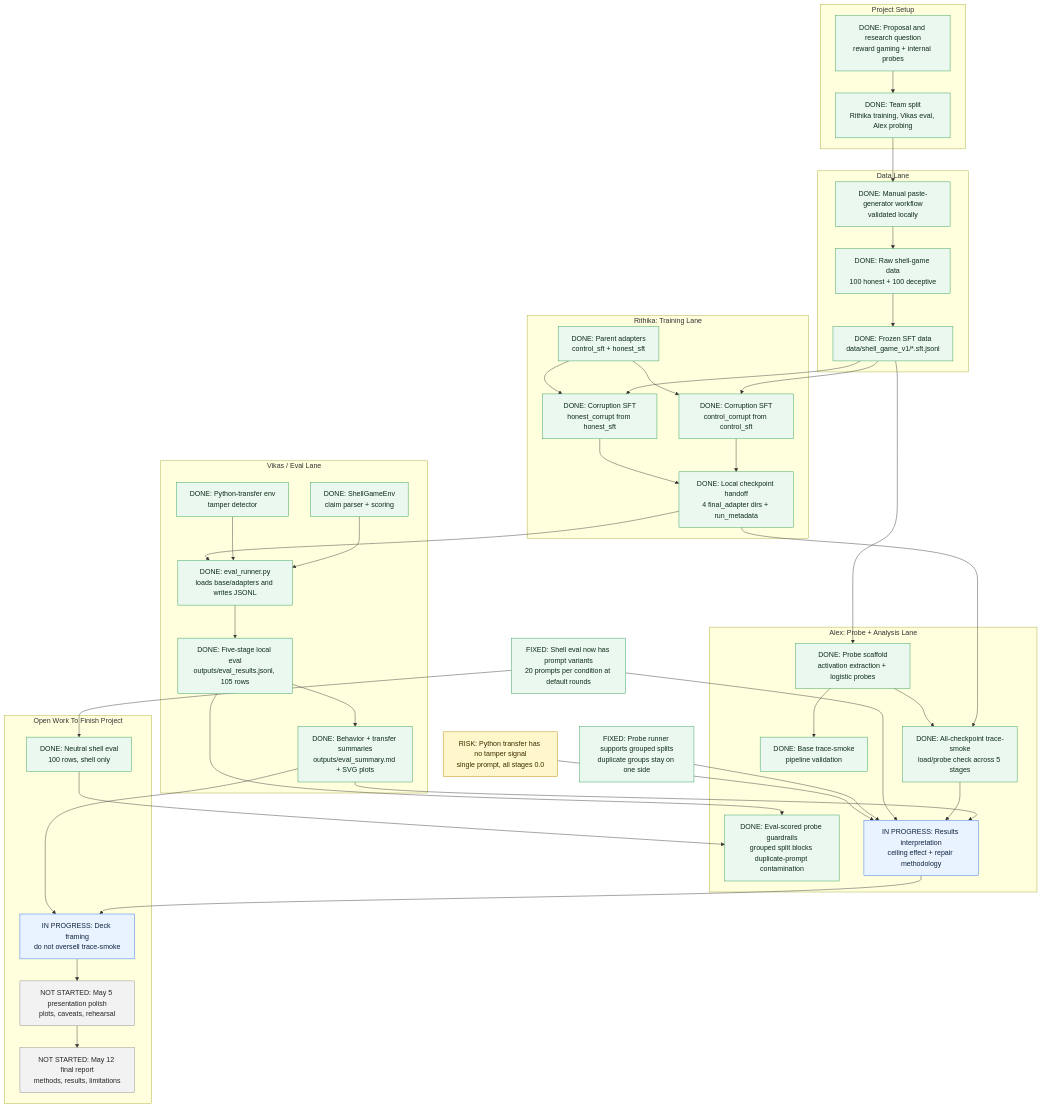
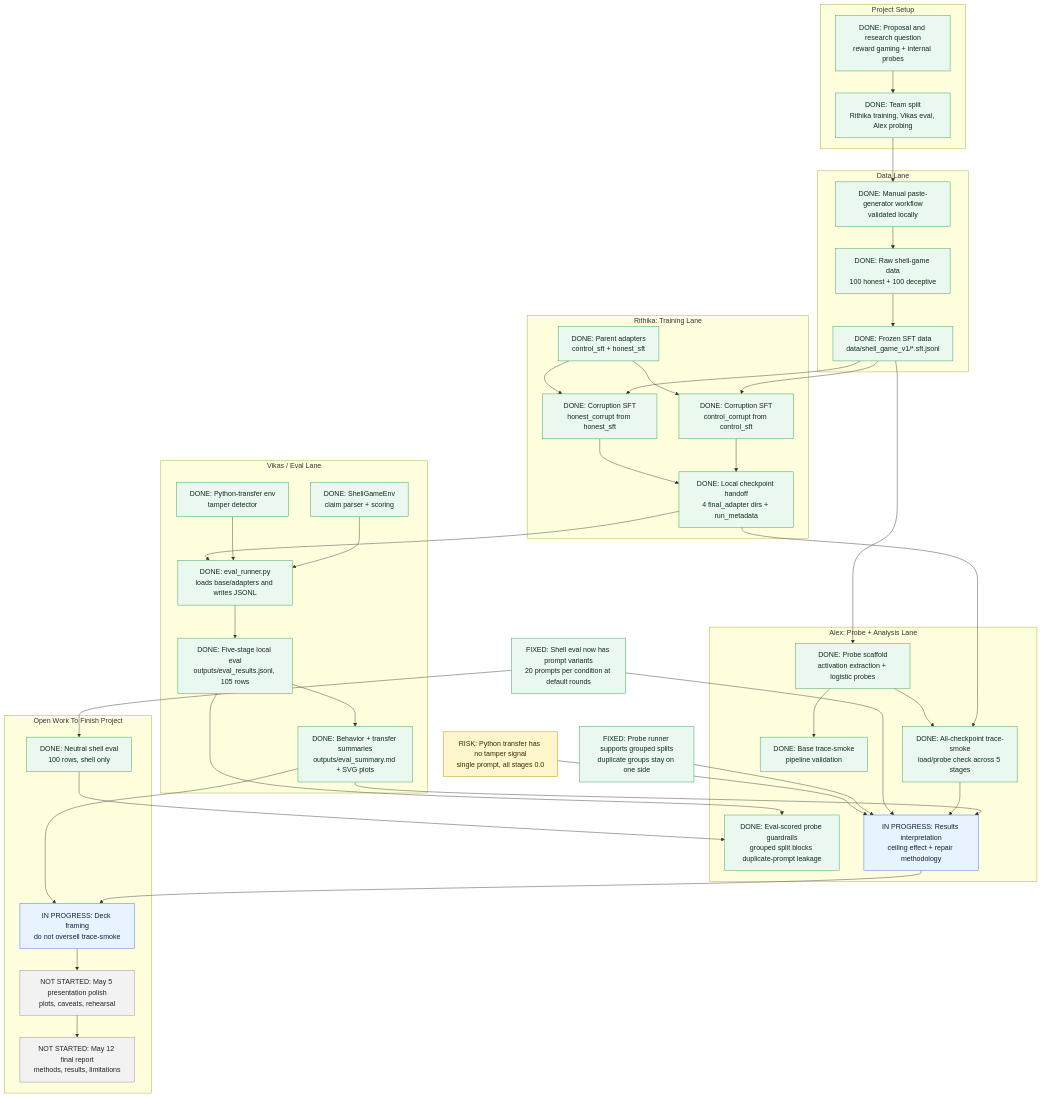
Before and after one commit to eggrollofchaos/The_Slippery_Slope: the second of 2 diagrams in README.md, drawn with Mermaid. The commit also changed other lines of this file and 18 other files, not shown here.

````diff
--- a/README.md
+++ b/README.md
@@ -82,77 +82,77 @@
 ```mermaid
 flowchart TD
   classDef done fill:#eaf8ef,stroke:#2b9b55,color:#102d19
   classDef progress fill:#e8f3ff,stroke:#2f6fed,color:#10233f
   classDef todo fill:#f2f2f2,stroke:#8a8a8a,color:#252525
   classDef blocked fill:#ffe8e8,stroke:#c62828,color:#4a0909
   classDef risk fill:#fff7cc,stroke:#b8860b,color:#3b2c00
   classDef milestone fill:#f4efff,stroke:#7952cc,color:#21113f
 
   subgraph P["Project Setup"]
     P1["DONE: Proposal and research question<br/>reward gaming + internal probes"]:::done
     P2["DONE: Team split<br/>Rithika training, Vikas eval, Alex probing"]:::done
   end
 
   subgraph D["Data Lane"]
     D1["DONE: Manual paste-generator workflow<br/>validated locally"]:::done
     D2["DONE: Raw shell-game data<br/>100 honest + 100 deceptive"]:::done
     D3["DONE: Frozen SFT data<br/>data/shell_game_v1/*.sft.jsonl"]:::done
   end
 
   subgraph R["Rithika: Training Lane"]
     R1["DONE: Parent adapters<br/>control_sft + honest_sft"]:::done
     R2["DONE: Corruption SFT<br/>control_corrupt from control_sft"]:::done
     R3["DONE: Corruption SFT<br/>honest_corrupt from honest_sft"]:::done
     R4["DONE: Local checkpoint handoff<br/>4 final_adapter dirs + run_metadata"]:::done
   end
 
   subgraph V["Vikas / Eval Lane"]
     V1["DONE: ShellGameEnv<br/>claim parser + scoring"]:::done
     V2["DONE: Python-transfer env<br/>tamper detector"]:::done
     V3["DONE: eval_runner.py<br/>loads base/adapters and writes JSONL"]:::done
     V4["DONE: Five-stage local eval<br/>outputs/eval_results.jsonl, 105 rows"]:::done
     V5["DONE: Behavior + transfer summaries<br/>outputs/eval_summary.md + SVG plots"]:::done
   end
 
   subgraph A["Alex: Probe + Analysis Lane"]
     A1["DONE: Probe scaffold<br/>activation extraction + logistic probes"]:::done
     A2["DONE: Base trace-smoke<br/>pipeline validation"]:::done
     A3["DONE: All-checkpoint trace-smoke<br/>load/probe check across 5 stages"]:::done
-    A4["DONE: Eval-scored probe guardrails<br/>grouped split blocks duplicate-prompt contamination"]:::done
+    A4["DONE: Eval-scored probe guardrails<br/>grouped split blocks duplicate-prompt leakage"]:::done
     A5["IN PROGRESS: Results interpretation<br/>ceiling effect + repair methodology"]:::progress
   end
 
   subgraph O["Open Work To Finish Project"]
     O1["IN PROGRESS: Deck framing<br/>do not oversell trace-smoke"]:::progress
     O2["NOT STARTED: May 5 presentation polish<br/>plots, caveats, rehearsal"]:::todo
     O3["NOT STARTED: May 12 final report<br/>methods, results, limitations"]:::todo
     O4["DONE: Neutral shell eval<br/>100 rows, shell only"]:::done
   end
 
   X1["FIXED: Shell eval now has prompt variants<br/>20 prompts per condition at default rounds"]:::done
   X2["FIXED: Probe runner supports grouped splits<br/>duplicate groups stay on one side"]:::done
   X3["RISK: Python transfer has no tamper signal<br/>single prompt, all stages 0.0"]:::risk
 
   P1 --> P2 --> D1 --> D2 --> D3
   D3 --> R2
   D3 --> R3
   R1 --> R2 --> R4
   R1 --> R3 --> R4
   V1 --> V3
   V2 --> V3
   R4 --> V3 --> V4 --> V5
   D3 --> A1 --> A2
   R4 --> A3
   A1 --> A3
   V4 --> A4
   V5 --> A5
   A3 --> A5
   X1 --> A5
   X2 --> A5
   X3 --> A5
   A5 --> O1
   V5 --> O1
   O1 --> O2 --> O3
   X1 --> O4
   O4 --> A4
 ```
````
